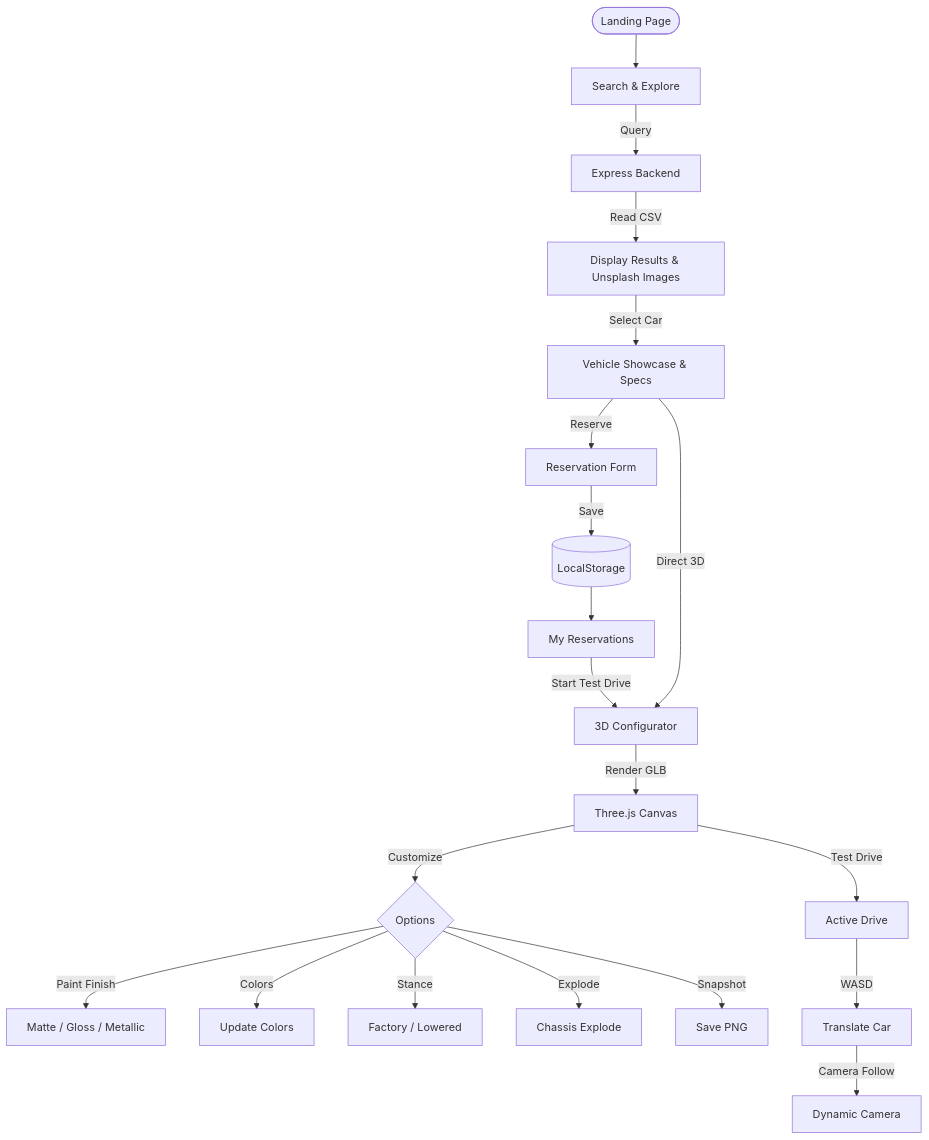
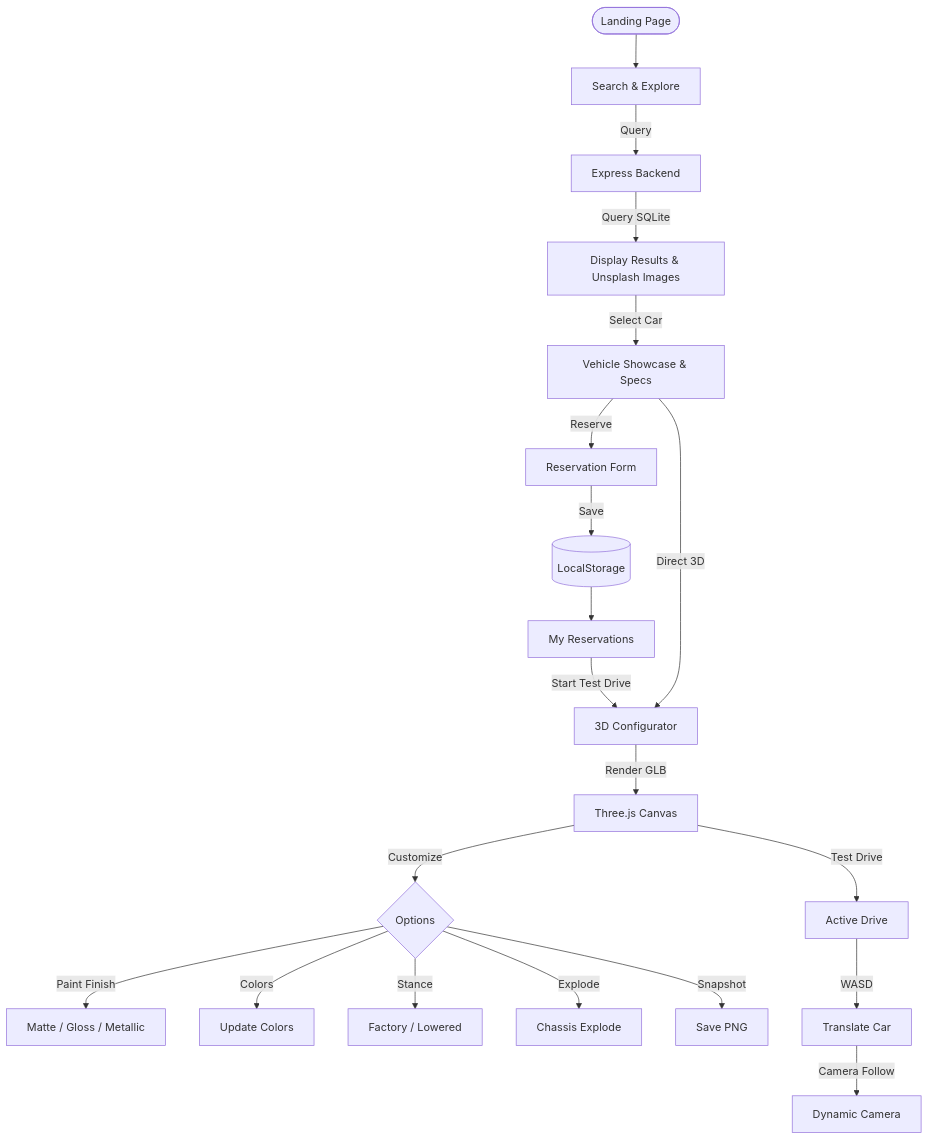
Before and after one commit to Adarsh-Saripaka/Axis-DriveWorks: the second of 2 diagrams in README.md, drawn with Mermaid. The commit also changed other lines of this file and 1 other file, not shown here.

````diff
--- a/README.md
+++ b/README.md
@@ -64,22 +66,22 @@
 ```mermaid
 graph TD
     Start([Landing Page]) --> Search[Search & Explore]
     Search -->|Query| BackendSearch[Express Backend]
-    BackendSearch -->|Read CSV| Results[Display Results & Unsplash Images]
+    BackendSearch -->|Query SQLite| Results[Display Results & Unsplash Images]
     Results -->|Select Car| Showcase[Vehicle Showcase & Specs]
     Showcase -->|Reserve| BookForm[Reservation Form]
     BookForm -->|Save| LocalSave[(LocalStorage)]
     LocalSave --> Bookings[My Reservations]
     Bookings -->|Start Test Drive| Viewer[3D Configurator]
     Showcase -->|Direct 3D| Viewer
     Viewer -->|Render GLB| Canvas[Three.js Canvas]
     Canvas -->|Customize| Config{Options}
     Config -->|Paint Finish| Finish[Matte / Gloss / Metallic]
     Config -->|Colors| Palette[Update Colors]
     Config -->|Stance| Stance[Factory / Lowered]
     Config -->|Explode| Explode[Chassis Explode]
     Config -->|Snapshot| Snapshot[Save PNG]
     Canvas -->|Test Drive| DriveMode[Active Drive]
     DriveMode -->|WASD| Movement[Translate Car]
     Movement -->|Camera Follow| Camera[Dynamic Camera]
 ```
````
